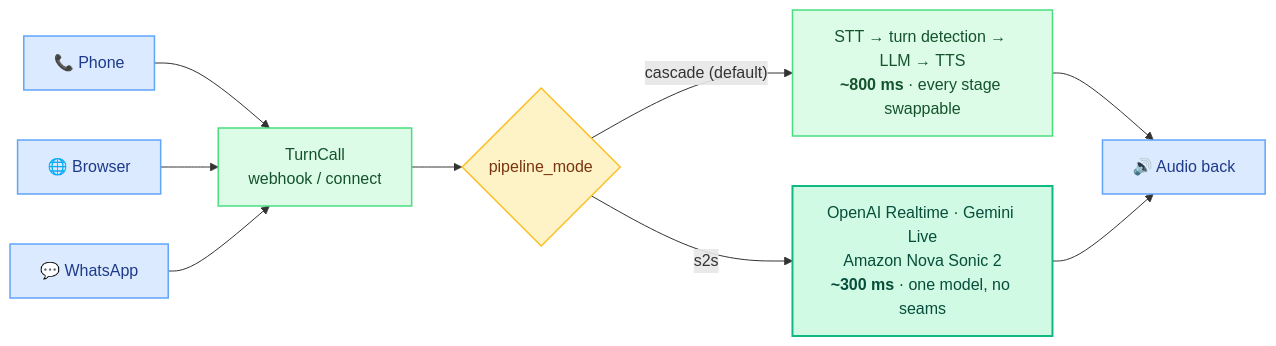
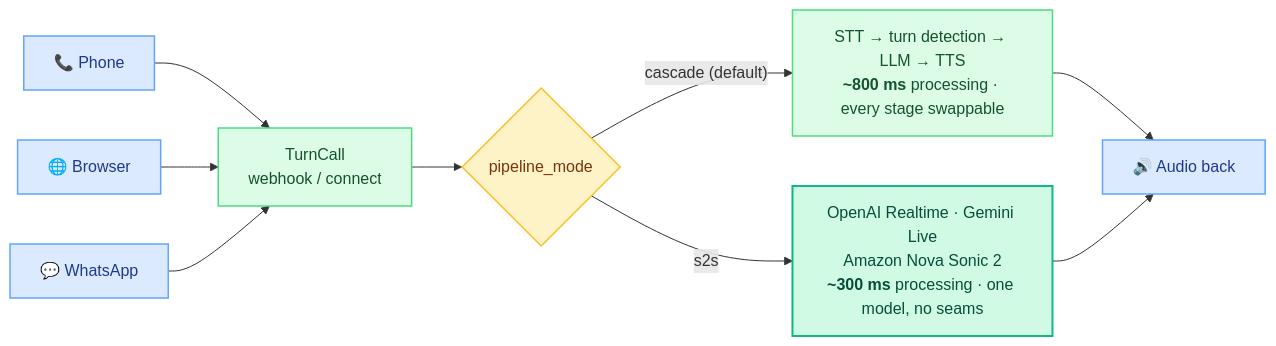
One commit to kobikis/turncall changed the diagram in docs/introduction.mdx. Above: the diagram before and after it, drawn with Mermaid. The commit also changed other lines of this file and 5 other files, not shown here.

````diff
--- a/docs/introduction.mdx
+++ b/docs/introduction.mdx
@@ -58,21 +58,21 @@
 ```mermaid
 flowchart LR
     Phone["📞 Phone"] --> TC
     Browser["🌐 Browser"] --> TC
     WhatsApp["💬 WhatsApp"] --> TC
 
     TC["TurnCall<br/>webhook / connect"] --> MODE{"pipeline_mode"}
-    MODE -->|"cascade (default)"| C["STT → turn detection → LLM → TTS<br/><b>~800 ms</b> · every stage swappable"]
-    MODE -->|"s2s"| S["OpenAI Realtime · Gemini Live<br/>Amazon Nova Sonic 2<br/><b>~300 ms</b> · one model, no seams"]
+    MODE -->|"cascade (default)"| C["STT → turn detection → LLM → TTS<br/><b>~800 ms</b> processing · every stage swappable"]
+    MODE -->|"s2s"| S["OpenAI Realtime · Gemini Live<br/>Amazon Nova Sonic 2<br/><b>~300 ms</b> processing · one model, no seams"]
     C --> OUT["🔊 Audio back"]
     S --> OUT
 
     classDef client fill:#dbeafe,stroke:#60a5fa,stroke-width:1.5px,color:#1e3a8a
     classDef core fill:#dcfce7,stroke:#4ade80,stroke-width:1.5px,color:#14532d
     classDef fast fill:#d1fae5,stroke:#10b981,stroke-width:2px,color:#064e3b
     classDef fork fill:#fef3c7,stroke:#fbbf24,stroke-width:1.5px,color:#78350f
     class Phone,Browser,WhatsApp,OUT client
     class TC,C core
     class S fast
     class MODE fork
 ```
````
